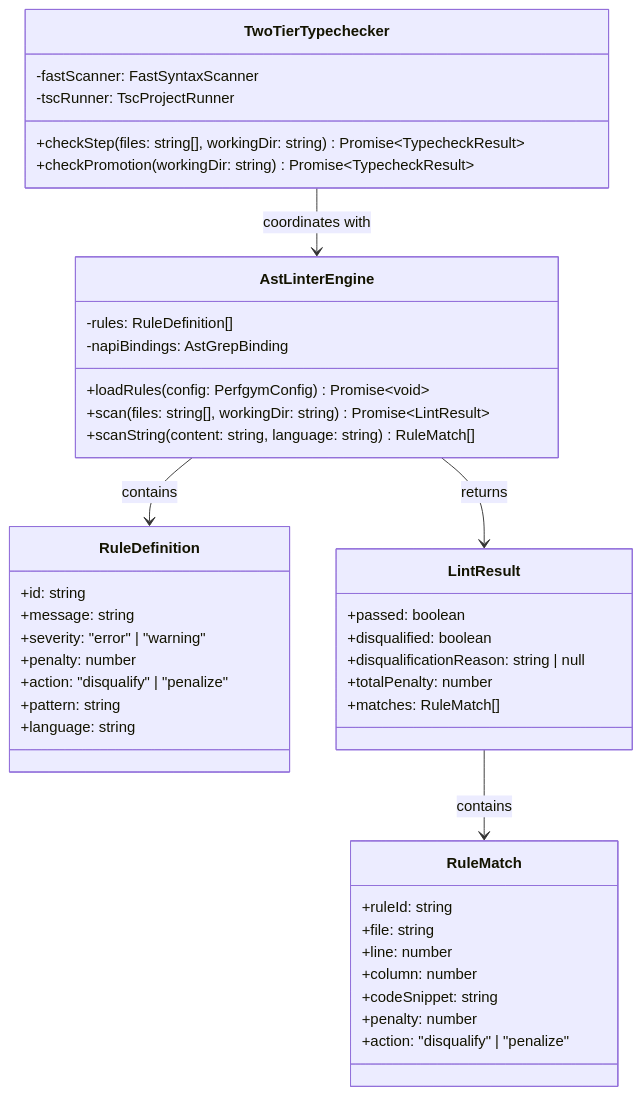
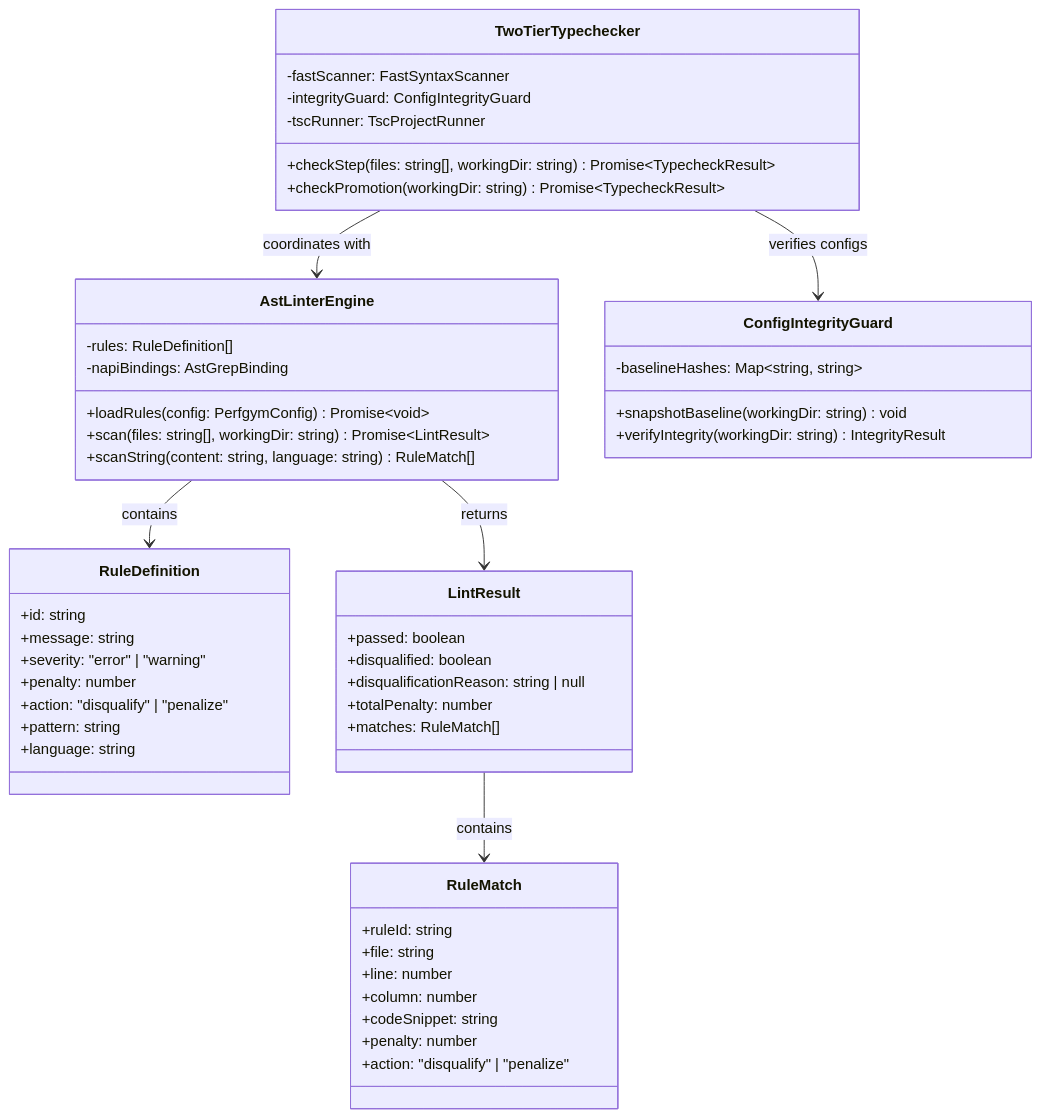
The fourth of 9 diagrams in docs/LOW_LEVEL_DESIGN.md (parth5012/perfgym), drawn with Mermaid before and after one commit. The commit also changed other lines of this file and 1 other file, not shown here.

````diff
--- a/docs/LOW_LEVEL_DESIGN.md
+++ b/docs/LOW_LEVEL_DESIGN.md
@@ -162,50 +180,58 @@
 ```mermaid
 classDiagram
     class RuleDefinition {
         +id: string
         +message: string
         +severity: "error" | "warning"
         +penalty: number
         +action: "disqualify" | "penalize"
         +pattern: string
         +language: string
     }
 
     class RuleMatch {
         +ruleId: string
         +file: string
         +line: number
         +column: number
         +codeSnippet: string
         +penalty: number
         +action: "disqualify" | "penalize"
     }
 
     class LintResult {
         +passed: boolean
         +disqualified: boolean
         +disqualificationReason: string | null
         +totalPenalty: number
         +matches: RuleMatch[]
     }
 
     class AstLinterEngine {
         -rules: RuleDefinition[]
         -napiBindings: AstGrepBinding
         +loadRules(config: PerfgymConfig) Promise~void~
         +scan(files: string[], workingDir: string) Promise~LintResult~
         +scanString(content: string, language: string) RuleMatch[]
     }
 
     class TwoTierTypechecker {
         -fastScanner: FastSyntaxScanner
+        -integrityGuard: ConfigIntegrityGuard
         -tscRunner: TscProjectRunner
         +checkStep(files: string[], workingDir: string) Promise~TypecheckResult~
         +checkPromotion(workingDir: string) Promise~TypecheckResult~
+    }
+
+    class ConfigIntegrityGuard {
+        -baselineHashes: Map~string, string~
+        +snapshotBaseline(workingDir: string) void
+        +verifyIntegrity(workingDir: string) IntegrityResult
     }
 
     AstLinterEngine --> RuleDefinition : contains
     AstLinterEngine --> LintResult : returns
     LintResult --> RuleMatch : contains
     TwoTierTypechecker --> AstLinterEngine : coordinates with
+    TwoTierTypechecker --> ConfigIntegrityGuard : verifies configs
 ```
````
